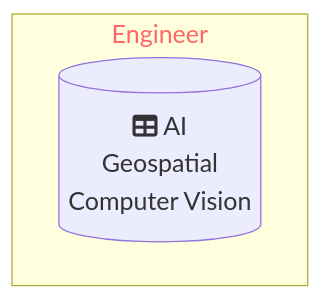
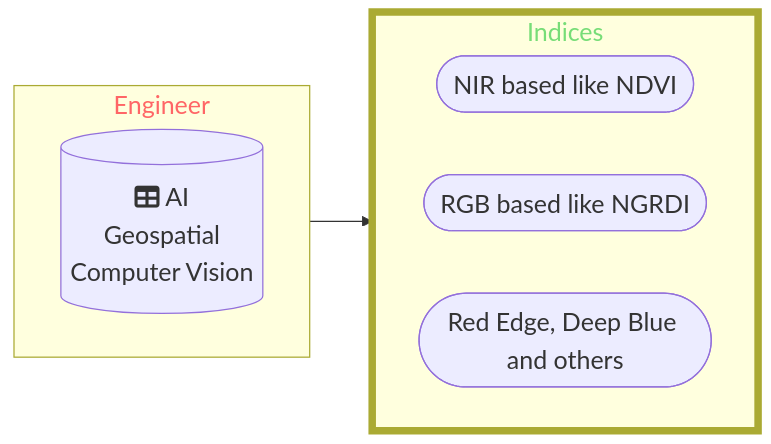
Before and after one commit to DippoldEJ/DippoldEJ: the diagram in README.md, drawn with Mermaid.

````diff
--- a/README.md
+++ b/README.md
@@ -3,18 +3,27 @@
 ```mermaid
 flowchart LR;
 %%{init: {
 	'themeVariables': { 'fontSize': '20px', 'fontFamily': 'Didot'}
 	}
 }%%
 
  subgraph n[Engineer]
         direction LR
         b[(fa:fa-table AI <br> Geospatial <br> Computer Vision)]
     end
 
+subgraph o[Indices]
+        direction LR
+        j([NIR based like NDVI])
+        c([RGB based like NGRDI])
+        m([Red Edge, Deep Blue and others])
+    end
  
 
 style n color:#f66
+style o stroke-width:6px
+style o color:#77DD77
 
+n-->o
 
 ```
````
